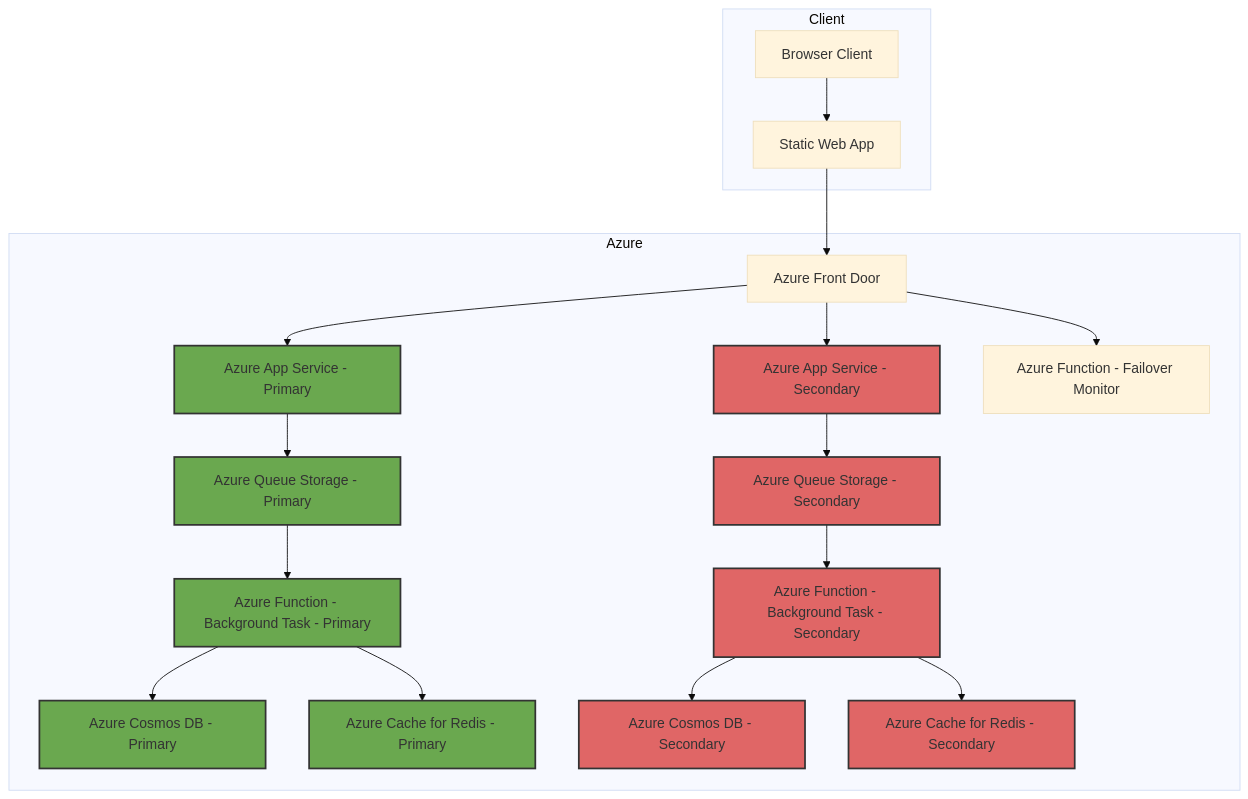
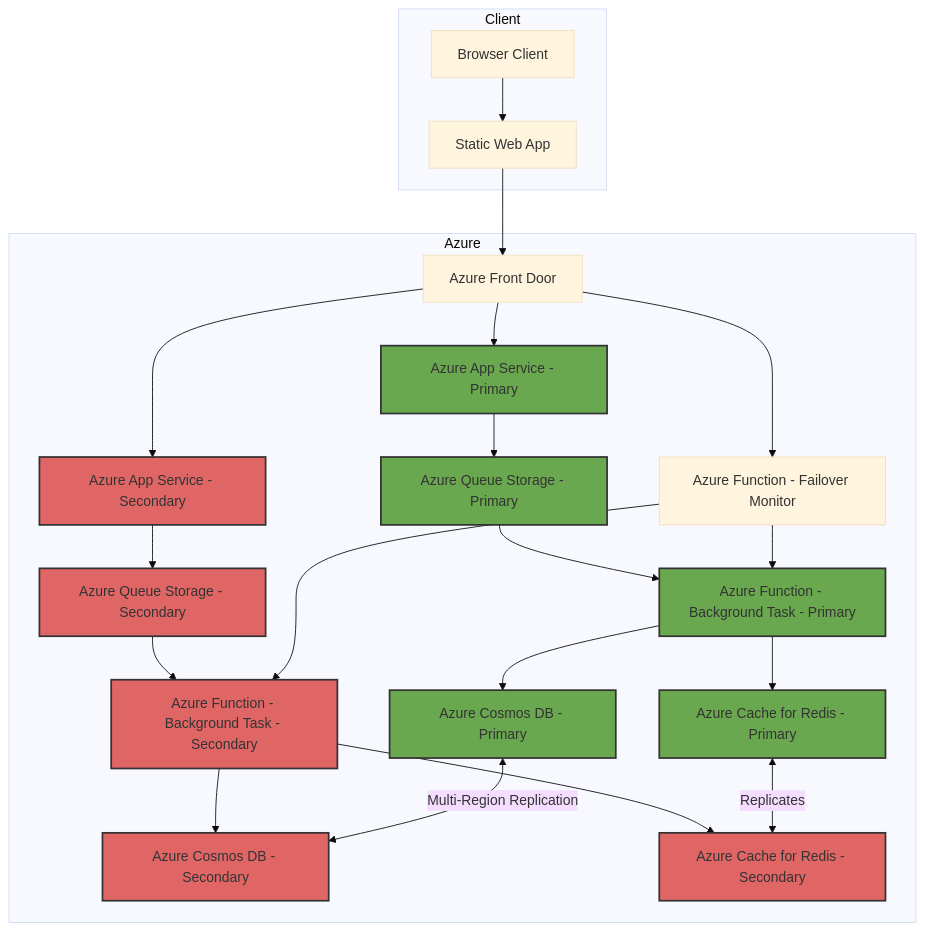
The diagram in README.md (error505/Disaster-Recovery-Web-Application-Failover-on-Azure), drawn with Mermaid (base theme) before and after one commit. The commit also changed other lines of this file and 3 other files, not shown here.

Commit message:
Small improvments on replication strategy and diagram

````diff
--- a/README.md
+++ b/README.md
@@ -19,31 +19,36 @@
 ```mermaid
 graph TD
   subgraph Client
     A[Browser Client] --> B[Static Web App]
   end
 
   subgraph Azure
     B --> C[Azure Front Door]
     C --> D1[Azure App Service - Primary]
     C --> D2[Azure App Service - Secondary]
     
     D1 --> E1[Azure Queue Storage - Primary]
     D2 --> E2[Azure Queue Storage - Secondary]
     
     E1 --> F1[Azure Function - Background Task - Primary]
     E2 --> F2[Azure Function - Background Task - Secondary]
     
     F1 --> G1[Azure Cosmos DB - Primary]
     F2 --> G2[Azure Cosmos DB - Secondary]
     
     F1 --> H1[Azure Cache for Redis - Primary]
     F2 --> H2[Azure Cache for Redis - Secondary]
     
     C --> I[Azure Function - Failover Monitor]
+    I --> F1
+    I --> F2
+
+    H1 <-- Replicates --> H2
+    G1 <-- Multi-Region Replication --> G2
   end
 
   classDef primary fill:#6aa84f,stroke:#333,stroke-width:2px;
   classDef secondary fill:#e06666,stroke:#333,stroke-width:2px;
   class D1,E1,F1,G1,H1 primary;
   class D2,E2,F2,G2,H2 secondary;
 ```
````
